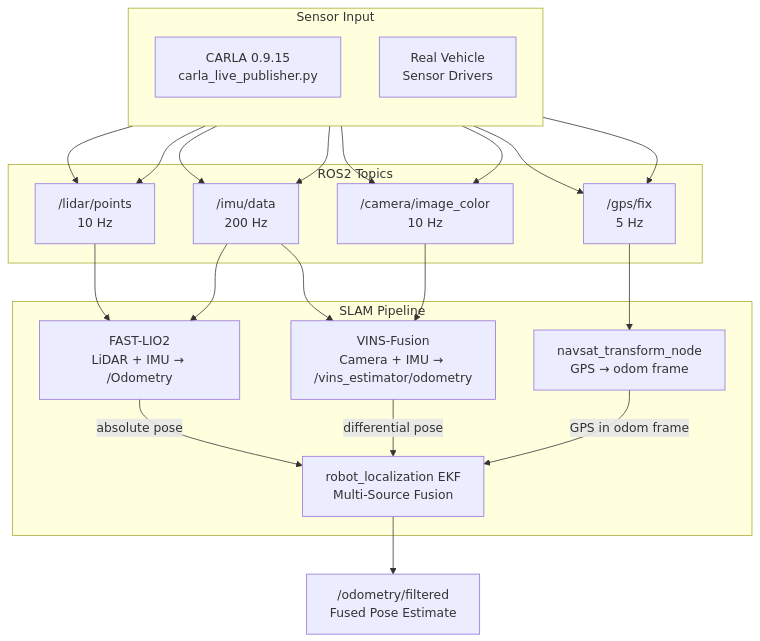
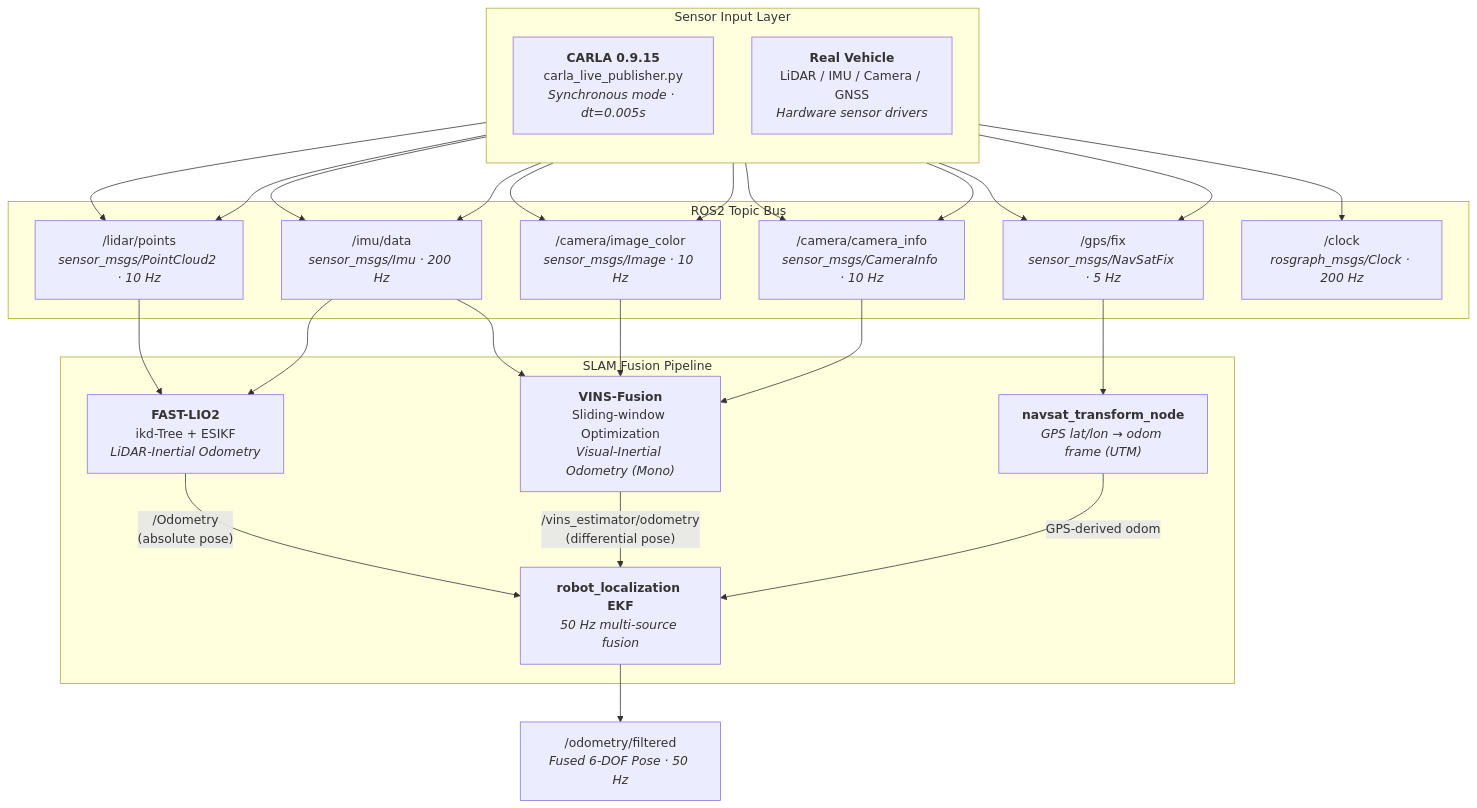
One commit to UGA-MOBILITY-LAB/lio_vio_gps_ws changed the first of 3 diagrams in README.md. Above: the diagram before and after it, drawn with Mermaid. The commit also changed other lines of this file and 1 other file, not shown here.

````diff
--- a/README.md
+++ b/README.md
@@ -31,39 +39,43 @@
 ```mermaid
 flowchart TB
-    subgraph INPUT["Sensor Input"]
+    subgraph INPUT["Sensor Input Layer"]
         direction TB
-        CARLA["CARLA 0.9.15<br/>carla_live_publisher.py"]
-        REAL["Real Vehicle<br/>Sensor Drivers"]
+        CARLA["<b>CARLA 0.9.15</b><br/>carla_live_publisher.py<br/><i>Synchronous mode · dt=0.005s</i>"]
+        REAL["<b>Real Vehicle</b><br/>LiDAR / IMU / Camera / GNSS<br/><i>Hardware sensor drivers</i>"]
     end
 
-    subgraph TOPICS["ROS2 Topics"]
-        T_IMU["/imu/data<br/>200 Hz"]
-        T_LID["/lidar/points<br/>10 Hz"]
-        T_CAM["/camera/image_color<br/>10 Hz"]
-        T_GPS["/gps/fix<br/>5 Hz"]
+    subgraph TOPICS["ROS2 Topic Bus"]
+        T_IMU["/imu/data<br/><i>sensor_msgs/Imu · 200 Hz</i>"]
+        T_LID["/lidar/points<br/><i>sensor_msgs/PointCloud2 · 10 Hz</i>"]
+        T_CAM["/camera/image_color<br/><i>sensor_msgs/Image · 10 Hz</i>"]
+        T_CI["/camera/camera_info<br/><i>sensor_msgs/CameraInfo · 10 Hz</i>"]
+        T_GPS["/gps/fix<br/><i>sensor_msgs/NavSatFix · 5 Hz</i>"]
+        T_CLK["/clock<br/><i>rosgraph_msgs/Clock · 200 Hz</i>"]
     end
 
-    subgraph SLAM["SLAM Pipeline"]
-        FASTLIO["FAST-LIO2<br/>LiDAR + IMU → /Odometry"]
-        VINS["VINS-Fusion<br/>Camera + IMU → /vins_estimator/odometry"]
-        NAV["navsat_transform_node<br/>GPS → odom frame"]
-        EKF["robot_localization EKF<br/>Multi-Source Fusion"]
+    subgraph SLAM["SLAM Fusion Pipeline"]
+        FASTLIO["<b>FAST-LIO2</b><br/>ikd-Tree + ESIKF<br/><i>LiDAR-Inertial Odometry</i>"]
+        VINS["<b>VINS-Fusion</b><br/>Sliding-window Optimization<br/><i>Visual-Inertial Odometry (Mono)</i>"]
+        NAV["<b>navsat_transform_node</b><br/><i>GPS lat/lon → odom frame (UTM)</i>"]
+        EKF["<b>robot_localization EKF</b><br/><i>50 Hz multi-source fusion</i>"]
     end
 
-    OUTPUT["/odometry/filtered<br/>Fused Pose Estimate"]
+    OUTPUT["/odometry/filtered<br/><i>Fused 6-DOF Pose · 50 Hz</i>"]
 
-    CARLA --> T_IMU & T_LID & T_CAM & T_GPS
-    REAL  --> T_IMU & T_LID & T_CAM & T_GPS
+    CARLA --> T_CLK
+    CARLA --> T_IMU & T_LID & T_CAM & T_CI & T_GPS
+    REAL  --> T_IMU & T_LID & T_CAM & T_CI & T_GPS
 
     T_LID --> FASTLIO
     T_IMU --> FASTLIO
     T_IMU --> VINS
     T_CAM --> VINS
+    T_CI --> VINS
     T_GPS --> NAV
 
-    FASTLIO -- "absolute pose" --> EKF
-    VINS -- "differential pose" --> EKF
-    NAV -- "GPS in odom frame" --> EKF
+    FASTLIO -- "/Odometry<br/>(absolute pose)" --> EKF
+    VINS -- "/vins_estimator/odometry<br/>(differential pose)" --> EKF
+    NAV -- "GPS-derived odom" --> EKF
 
     EKF --> OUTPUT
 ```
````
